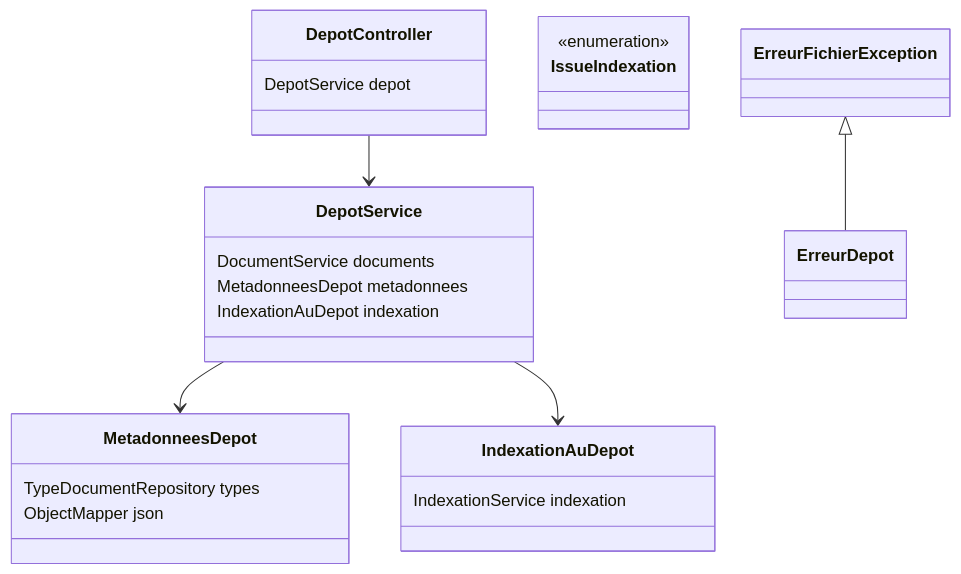
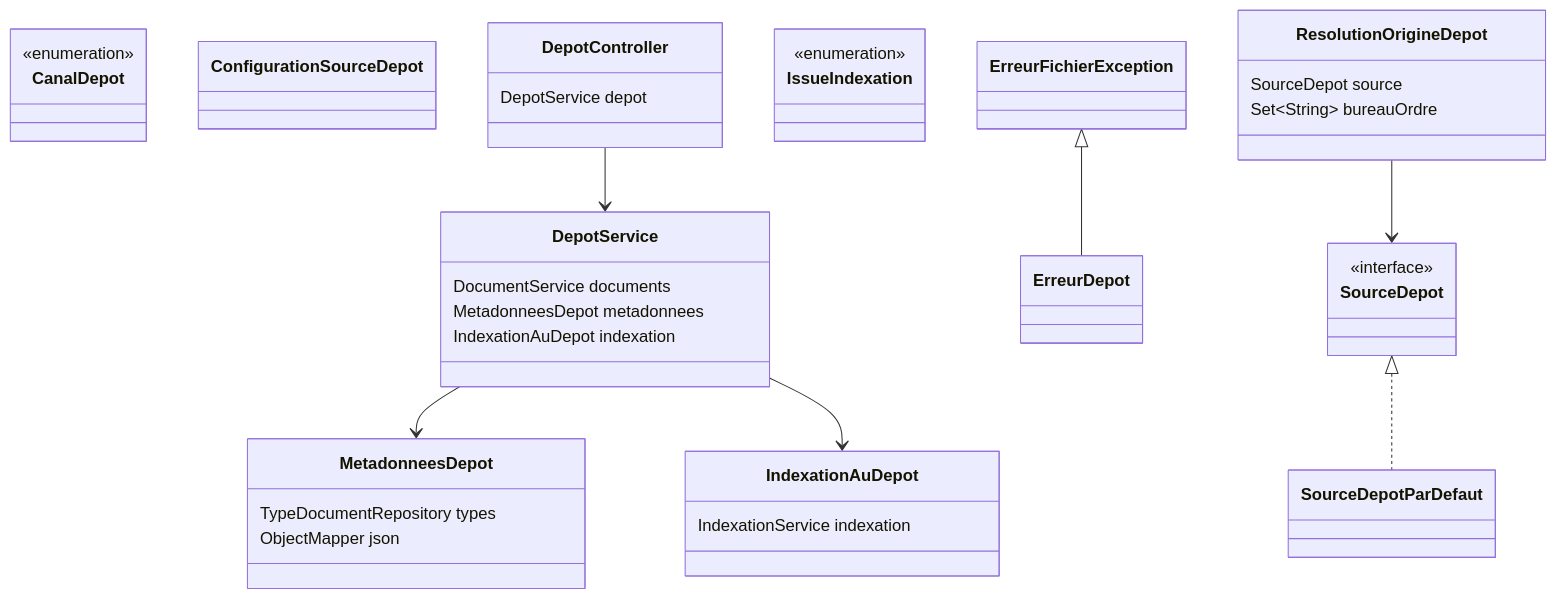
One commit to abddou2000/GED changed the seventh of 24 diagrams in docs/modelisation/CLASSES.md. Above: the diagram before and after it, drawn with Mermaid. The commit also changed other lines of this file and 2 other files, not shown here.

Commit message:
Régénérer le schéma et les diagrammes de classes après fusion, tenir le suivi

````diff
--- a/docs/modelisation/CLASSES.md
+++ b/docs/modelisation/CLASSES.md
@@ -879,27 +879,43 @@
 ```mermaid
 classDiagram
+  class CanalDepot {
+    <<enumeration>>
+  }
+  class ConfigurationSourceDepot {
+  }
   class DepotController {
     DepotService depot
   }
   class DepotService {
     DocumentService documents
     MetadonneesDepot metadonnees
     IndexationAuDepot indexation
   }
   class ErreurDepot {
   }
   class IndexationAuDepot {
     IndexationService indexation
   }
   class IssueIndexation {
     <<enumeration>>
   }
   class MetadonneesDepot {
     TypeDocumentRepository types
     ObjectMapper json
   }
+  class ResolutionOrigineDepot {
+    SourceDepot source
+    Set~String~ bureauOrdre
+  }
+  class SourceDepot {
+    <<interface>>
+  }
+  class SourceDepotParDefaut {
+  }
   DepotController --> DepotService
   DepotService --> MetadonneesDepot
   DepotService --> IndexationAuDepot
   ErreurFichierException <|-- ErreurDepot
+  ResolutionOrigineDepot --> SourceDepot
+  SourceDepot <|.. SourceDepotParDefaut
 ```
````
